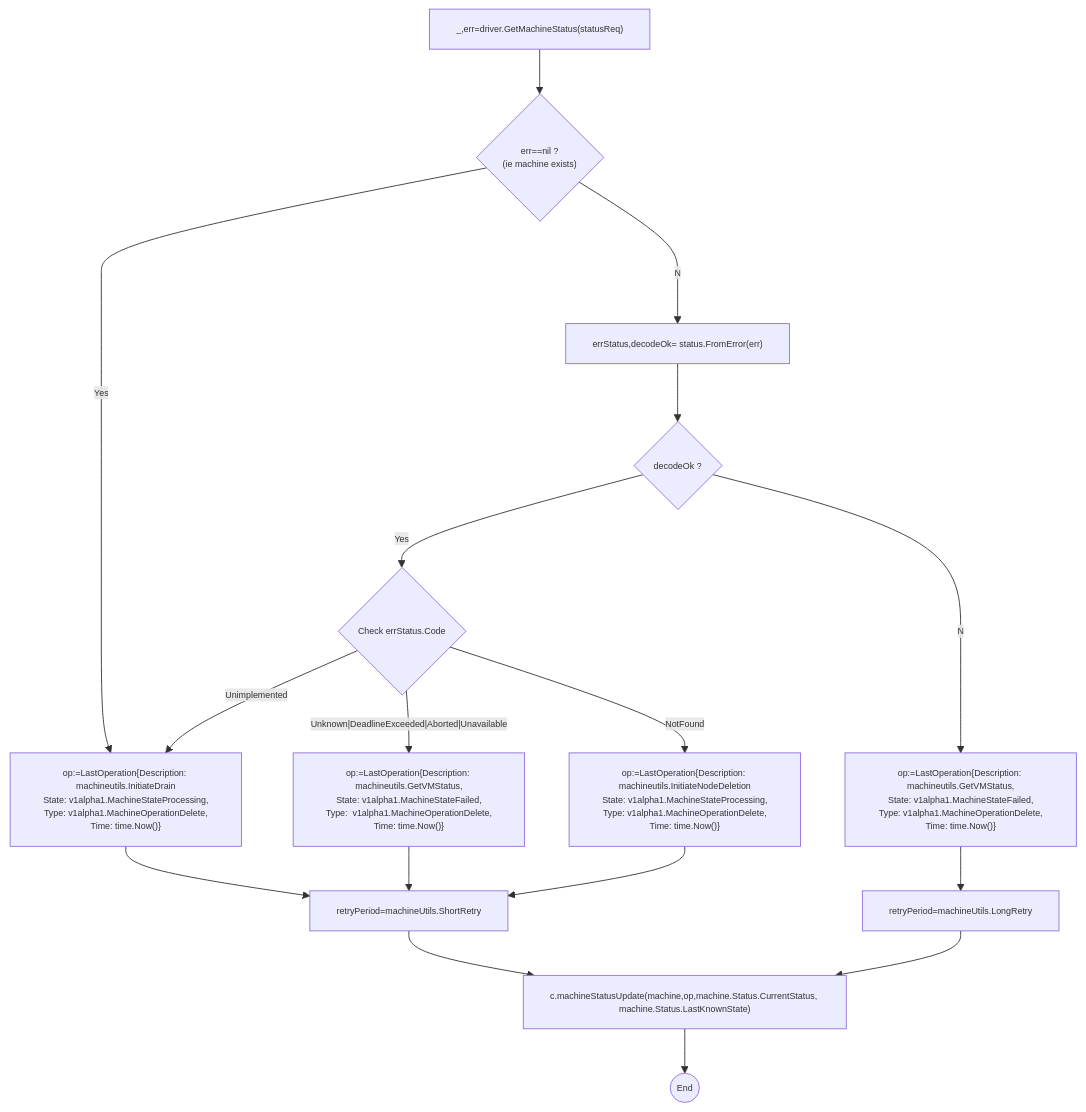
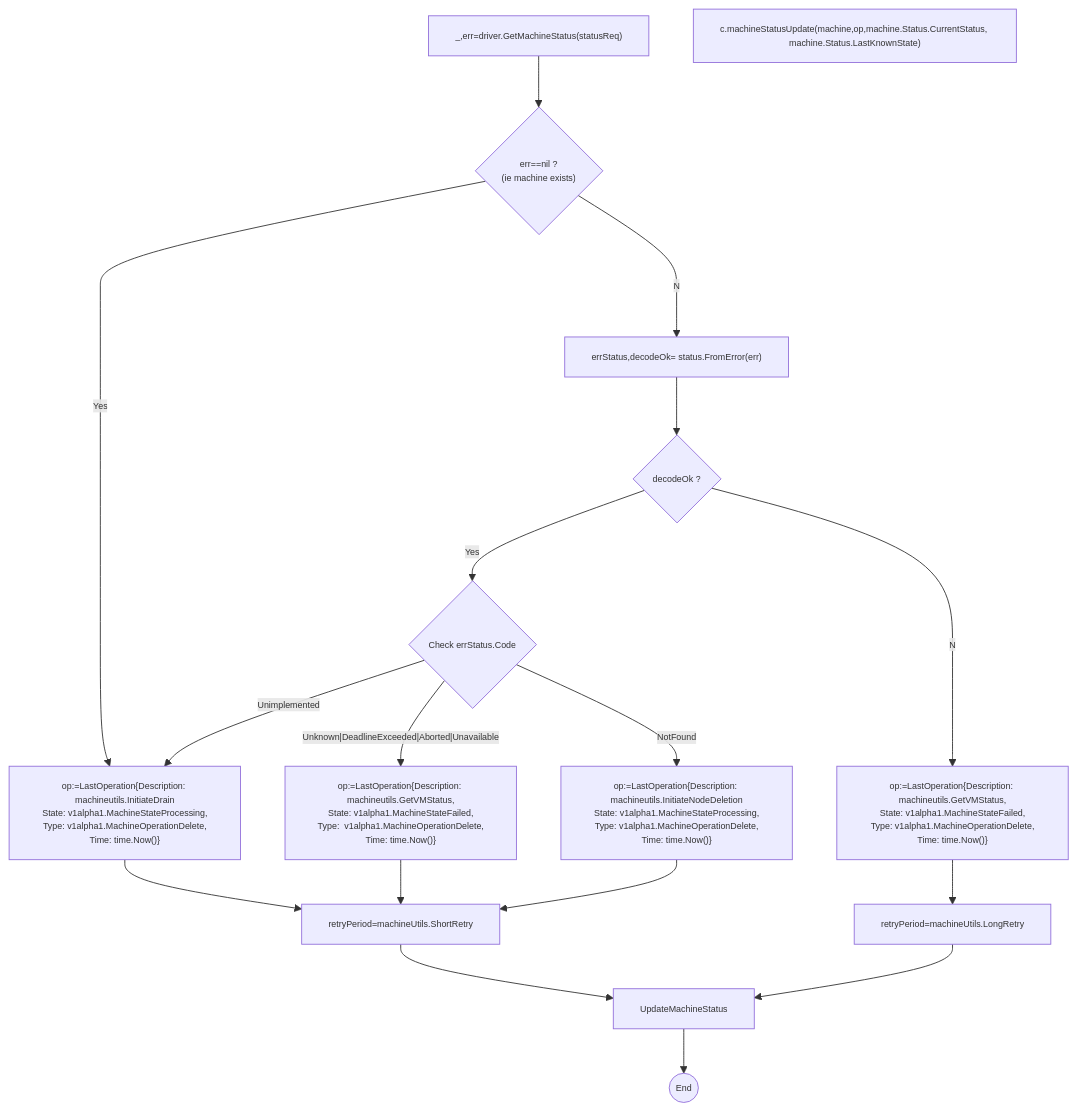
Before and after one commit to elankath/mcmdesign: the third of 4 diagrams in src/cluster_machine_reconcile.md, drawn with Mermaid. The commit also changed other lines of this file and 6 other files, not shown here.

````diff
--- a/src/cluster_machine_reconcile.md
+++ b/src/cluster_machine_reconcile.md
@@ -141,56 +141,56 @@
 ```mermaid
 %%{init: {'themeVariables': { 'fontSize': '10px'}, "flowchart": {"useMaxWidth": false }}}%%
 flowchart TD
 
 GetMachineStatus["_,err=driver.GetMachineStatus(statusReq)"]
 ChkMachineExists{"err==nil ?\n (ie machine exists)"}
 DecodeErrorStatus["errStatus,decodeOk= status.FromError(err)"]
 CheckDecodeOk{"decodeOk ?"}
 
 CheckErrStatusCode{"Check errStatus.Code"}
 
 CreateDrainOp["op:=LastOperation{Description: machineutils.InitiateDrain
 State: v1alpha1.MachineStateProcessing,
 Type: v1alpha1.MachineOperationDelete,
 Time: time.Now()}"]
 
 CreateNodeDelOp["op:=LastOperation{Description: machineutils.InitiateNodeDeletion
 State: v1alpha1.MachineStateProcessing,
 Type: v1alpha1.MachineOperationDelete,
 Time: time.Now()}"]
 
 CreateDecodeFailedOp["op:=LastOperation{Description: machineutils.GetVMStatus,
 State: v1alpha1.MachineStateFailed,
 Type: v1alpha1.MachineOperationDelete,
 Time: time.Now()}"]
 
 CreaterRetryVMStatusOp["op:=LastOperation{Description: machineutils.GetVMStatus,
 State: v1alpha1.MachineStateFailed,
 Type:  v1alpha1.MachineOperationDelete,
 Time: time.Now()}"]
 
 ShortR["retryPeriod=machineUtils.ShortRetry"]
 LongR["retryPeriod=machineUtils.LongRetry"]
 MachineStatusUpdate["c.machineStatusUpdate(machine,op,machine.Status.CurrentStatus, machine.Status.LastKnownState)"]
 
 Z(("End"))
 
 GetMachineStatus-->ChkMachineExists
 
 ChkMachineExists--Yes-->CreateDrainOp
 ChkMachineExists--No-->DecodeErrorStatus
 DecodeErrorStatus-->CheckDecodeOk
 CheckDecodeOk--Yes-->CheckErrStatusCode
 CheckDecodeOk--No-->CreateDecodeFailedOp
 CreateDecodeFailedOp-->LongR
 CheckErrStatusCode--"Unimplemented"-->CreateDrainOp
 CheckErrStatusCode--"Unknown|DeadlineExceeded|Aborted|Unavailable"-->CreaterRetryVMStatusOp
 CheckErrStatusCode--"NotFound"-->CreateNodeDelOp
 CreaterRetryVMStatusOp-->ShortR
 
 CreateDrainOp-->ShortR
 CreateNodeDelOp-->ShortR
-ShortR-->MachineStatusUpdate
-LongR-->MachineStatusUpdate
-MachineStatusUpdate-->Z
+ShortR-->UpdateMachineStatus
+LongR-->UpdateMachineStatus
+UpdateMachineStatus-->Z
 ```
````
